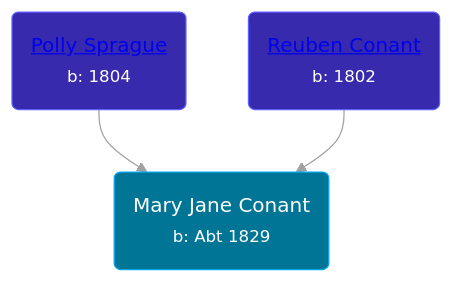
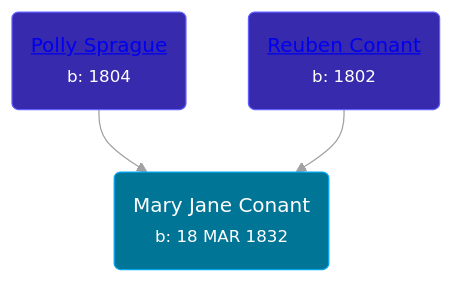
The diagram in pages/people/2/27722232.md (wpmgotkh/wpmgotkh.github.io), drawn with Mermaid (base theme) before and after one commit. The commit also changed other lines of this file and 257 other files, not shown here.

````diff
--- a/pages/people/2/27722232.md
+++ b/pages/people/2/27722232.md
@@ -10,10 +11,10 @@
 ```mermaid
 graph
 classDef grands fill:#193cb8,stroke:#2b7fff,stroke-width:1px,color:#fff;
 classDef parents fill:#372aac,stroke:#615fff,stroke-width:1px,color:#fff;
 classDef primary fill:#007595,stroke:#00a6f4,stroke-width:1px,color:#fff;
-27722232(Mary Jane Conant<br /><small>b: Abt 1829</small>):::primary
+27722232(Mary Jane Conant<br /><small>b: 18 MAR 1832</small>):::primary
 53927626(<a class="text-white" href="/people/5/53927626">Polly Sprague</a><br /><small>b: 1804</small>):::parents-->27722232
 72221832(<a class="text-white" href="/people/7/72221832">Reuben Conant</a><br /><small>b: 1802</small>):::parents-->27722232
 linkStyle default stroke:#a1a1a1
 ```
````
